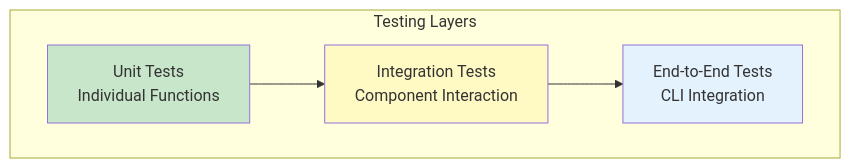
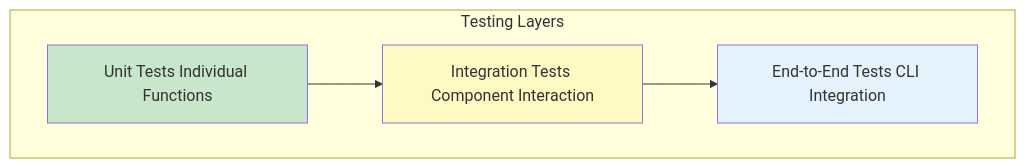
One commit to softwarewrighter/markdown-checker changed the second of 2 diagrams in wiki/Testing-Strategy.md. Above: the diagram before and after it, drawn with Mermaid. The commit also changed other lines of this file and 10 other files, not shown here.

````diff
--- a/wiki/Testing-Strategy.md
+++ b/wiki/Testing-Strategy.md
@@ -23,15 +23,15 @@
 ```mermaid
 graph TD
     subgraph "Testing Layers"
-        E2E[End-to-End Tests<br/>CLI Integration]
-        Integration[Integration Tests<br/>Component Interaction]
-        Unit[Unit Tests<br/>Individual Functions]
+        E2E[End-to-End Tests CLI Integration]
+        Integration[Integration Tests Component Interaction]
+        Unit[Unit Tests Individual Functions]
     end
 
     Unit --> Integration
     Integration --> E2E
 
     style Unit fill:#c8e6c9
     style Integration fill:#fff9c4
     style E2E fill:#e3f2fd
 ```
````
